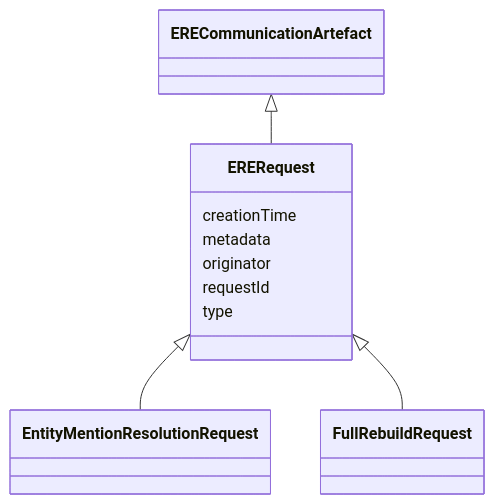
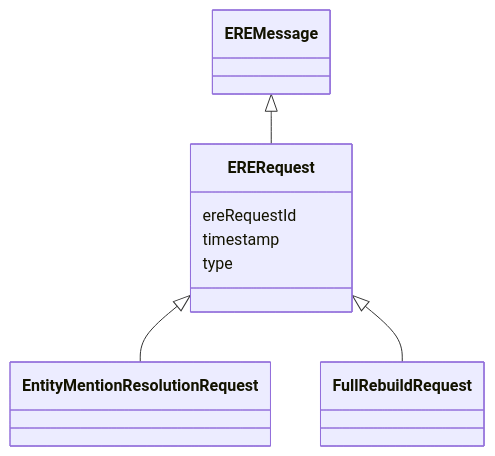
The diagram in docs/schema/ERERequest.md (OP-TED/entity-resolution-spec), drawn with Mermaid before and after one commit. The commit also changed other lines of this file and 46 other files, not shown here.

````diff
--- a/docs/schema/ERERequest.md
+++ b/docs/schema/ERERequest.md
@@ -22,26 +22,22 @@
 ```mermaid
  classDiagram
     class ERERequest
     click ERERequest href "../ERERequest/"
-      ERECommunicationArtefact <|-- ERERequest
-        click ERECommunicationArtefact href "../ERECommunicationArtefact/"
+      EREMessage <|-- ERERequest
+        click EREMessage href "../EREMessage/"
       
 
       ERERequest <|-- EntityMentionResolutionRequest
         click EntityMentionResolutionRequest href "../EntityMentionResolutionRequest/"
       ERERequest <|-- FullRebuildRequest
         click FullRebuildRequest href "../FullRebuildRequest/"
       
 
-      ERERequest : creationTime
+      ERERequest : ereRequestId
         
-      ERERequest : metadata
-        
-      ERERequest : originator
-        
-      ERERequest : requestId
+      ERERequest : timestamp
         
       ERERequest : type
         
       
 ```
````
